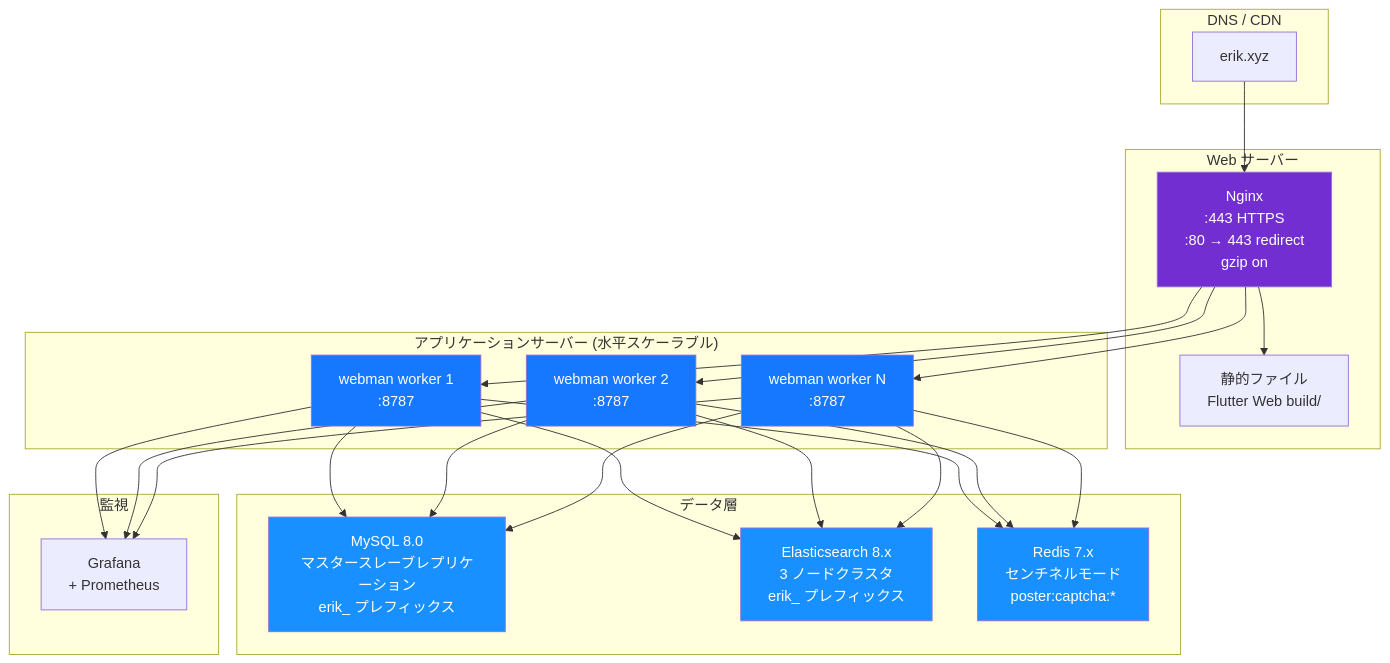
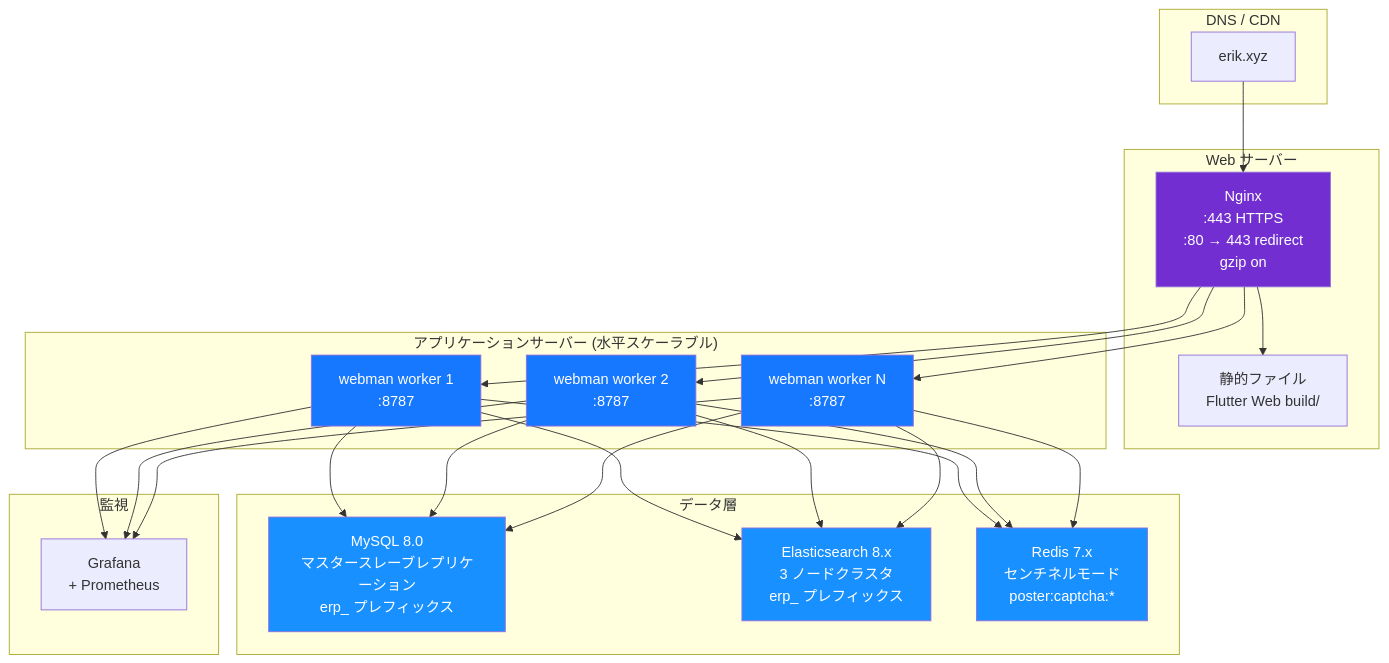
Diagram 14 of 20 in docs/i18n/ja/ARCHITECTURE.md (erikwang2013/erp-php), drawn with Mermaid before and after one commit. The commit also changed other lines of this file and 449 other files, not shown here.

First line of the commit message:
全局命名统一：数据库 erp、表前缀 erp_、Redis 前缀 erp:（原 erik_/open_admin）

````diff
--- a/docs/i18n/ja/ARCHITECTURE.md
+++ b/docs/i18n/ja/ARCHITECTURE.md
@@ -661,43 +661,43 @@
 ```mermaid
 flowchart TB
     subgraph "DNS / CDN"
         DNS["erik.xyz"]
     end
 
     subgraph "Web サーバー"
         NGX["Nginx<br/>:443 HTTPS<br/>:80 → 443 redirect<br/>gzip on"]
         STA["静的ファイル<br/>Flutter Web build/"]
     end
 
     subgraph "アプリケーションサーバー (水平スケーラブル)"
         WM1["webman worker 1<br/>:8787"]
         WM2["webman worker 2<br/>:8787"]
         WM3["webman worker N<br/>:8787"]
     end
 
     subgraph "データ層"
-        MYSQL["MySQL 8.0<br/>マスタースレーブレプリケーション<br/>erik_ プレフィックス"]
-        ES["Elasticsearch 8.x<br/>3 ノードクラスタ<br/>erik_ プレフィックス"]
+        MYSQL["MySQL 8.0<br/>マスタースレーブレプリケーション<br/>erp_ プレフィックス"]
+        ES["Elasticsearch 8.x<br/>3 ノードクラスタ<br/>erp_ プレフィックス"]
         REDIS["Redis 7.x<br/>センチネルモード<br/>poster:captcha:*"]
     end
 
     subgraph "監視"
         MON["Grafana<br/>+ Prometheus"]
     end
 
     DNS --> NGX
     NGX --> STA
     NGX --> WM1 & WM2 & WM3
     WM1 & WM2 & WM3 --> MYSQL
     WM1 & WM2 & WM3 --> ES
     WM1 & WM2 & WM3 --> REDIS
     WM1 & WM2 & WM3 --> MON
 
     style NGX fill:#722ED1,color:#fff
     style WM1 fill:#1677FF,color:#fff
     style WM2 fill:#1677FF,color:#fff
     style WM3 fill:#1677FF,color:#fff
     style MYSQL fill:#1890FF,color:#fff
     style ES fill:#1890FF,color:#fff
     style REDIS fill:#1890FF,color:#fff
 ```
````
